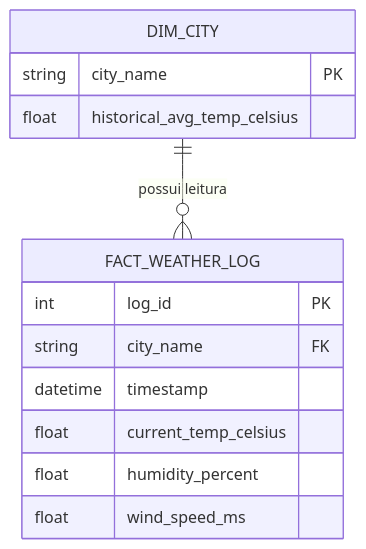
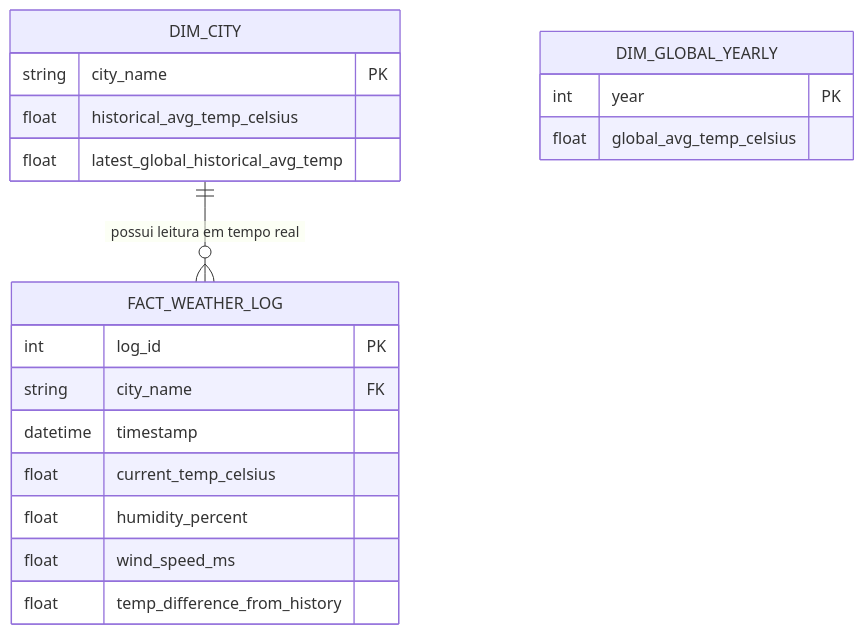
One commit to davgomes92/projeto_etl changed the second of 2 diagrams in README.md. Above: the diagram before and after it, drawn with Mermaid. The commit also changed other lines of this file and 1 other file, not shown here.

````diff
--- a/README.md
+++ b/README.md
@@ -89,16 +141,22 @@
 ```mermaid
 erDiagram
     DIM_CITY {
         string city_name PK
         float historical_avg_temp_celsius
+        float latest_global_historical_avg_temp
     }
     FACT_WEATHER_LOG {
         int log_id PK
         string city_name FK
         datetime timestamp
         float current_temp_celsius
         float humidity_percent
         float wind_speed_ms
+        float temp_difference_from_history
     }
-    DIM_CITY ||--o{ FACT_WEATHER_LOG : "possui leitura"
+    DIM_GLOBAL_YEARLY {
+        int year PK
+        float global_avg_temp_celsius
+    }
+    DIM_CITY ||--o{ FACT_WEATHER_LOG : "possui leitura em tempo real"
 ```
````
